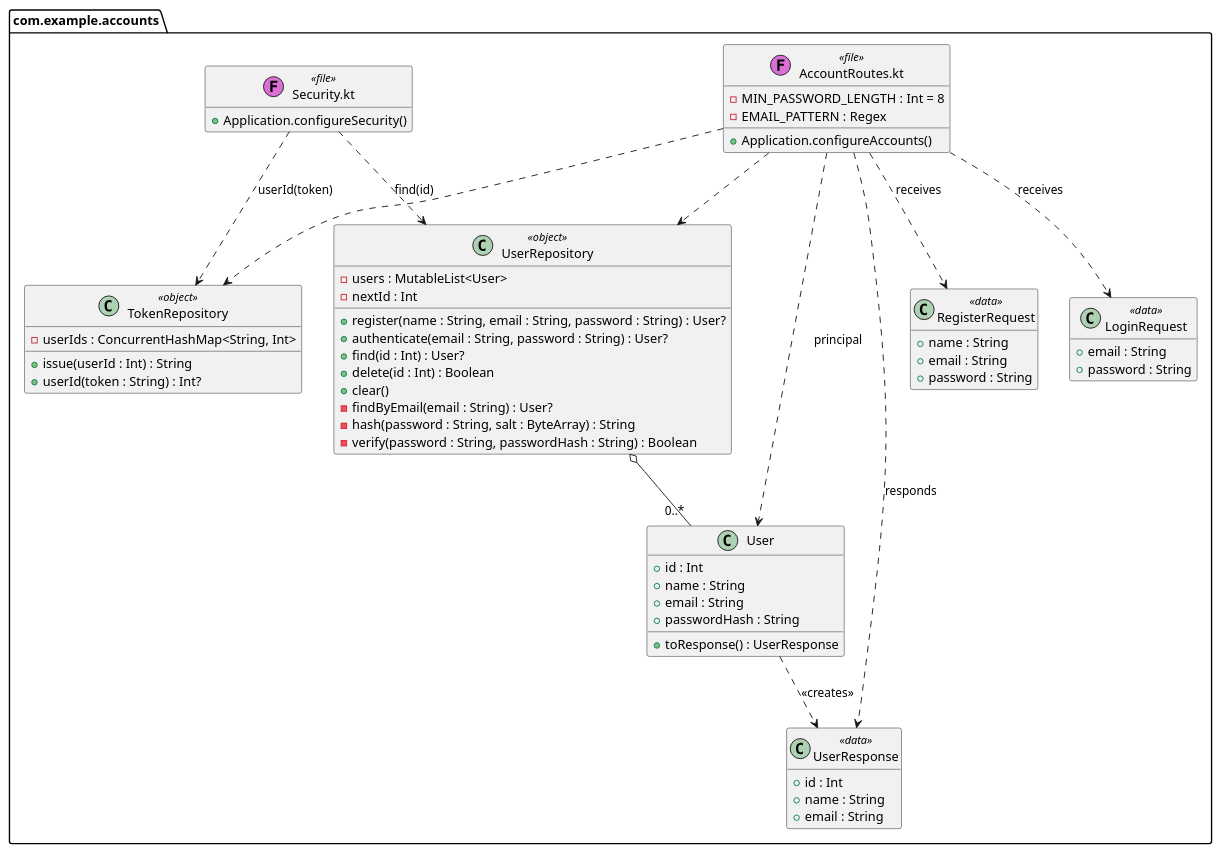
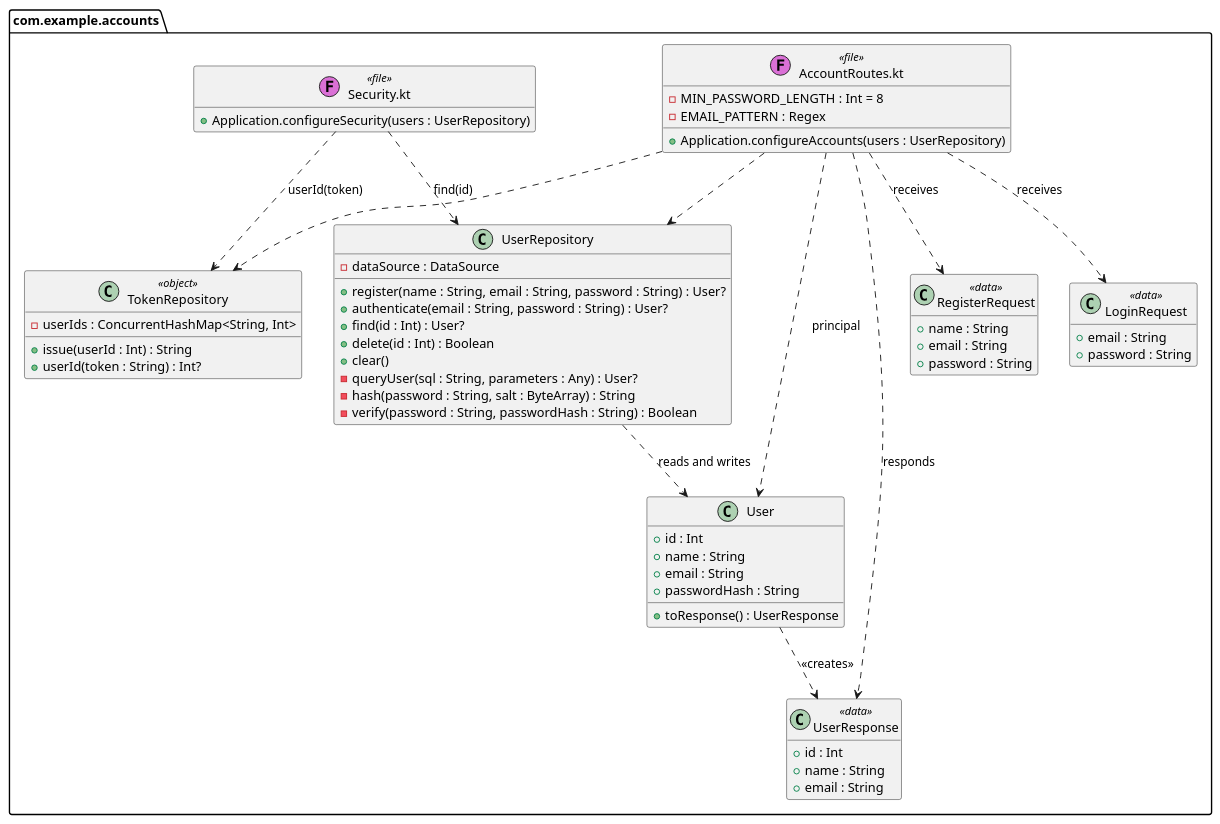
Before and after one commit to Rent-a-car-38291/rent-a-car: the diagram in docs/diagrams/class-accounts.puml, drawn with PlantUML. The commit also changed 16 other files, not shown here.

First line of the commit message:
Store accounts in PostgreSQL

```diff
--- a/docs/diagrams/class-accounts.puml
+++ b/docs/diagrams/class-accounts.puml
@@ -1,66 +1,65 @@
 @startuml
 ' The account classes as they are in src/. The car classes are in class-cars.puml.
 hide empty members
 set separator none
 
 package com.example.accounts <<Folder>> {
   class "AccountRoutes.kt" as AccountRoutes <<(F,orchid) file>> {
     - MIN_PASSWORD_LENGTH : Int = 8
     - EMAIL_PATTERN : Regex
-    + Application.configureAccounts()
+    + Application.configureAccounts(users : UserRepository)
   }
   class "Security.kt" as Security <<(F,orchid) file>> {
-    + Application.configureSecurity()
+    + Application.configureSecurity(users : UserRepository)
   }
   class User {
     + id : Int
     + name : String
     + email : String
     + passwordHash : String
     + toResponse() : UserResponse
   }
   class RegisterRequest <<data>> {
     + name : String
     + email : String
     + password : String
   }
   class LoginRequest <<data>> {
     + email : String
     + password : String
   }
   class UserResponse <<data>> {
     + id : Int
     + name : String
     + email : String
   }
-  class UserRepository <<object>> {
-    - users : MutableList<User>
-    - nextId : Int
+  class UserRepository {
+    - dataSource : DataSource
     + register(name : String, email : String, password : String) : User?
     + authenticate(email : String, password : String) : User?
     + find(id : Int) : User?
     + delete(id : Int) : Boolean
     + clear()
-    - findByEmail(email : String) : User?
+    - queryUser(sql : String, parameters : Any) : User?
     - hash(password : String, salt : ByteArray) : String
     - verify(password : String, passwordHash : String) : Boolean
   }
   class TokenRepository <<object>> {
     - userIds : ConcurrentHashMap<String, Int>
     + issue(userId : Int) : String
     + userId(token : String) : Int?
   }
 }
 
-UserRepository o-- "0..*" User
+UserRepository ..> User : reads and writes
 User ..> UserResponse : <<creates>>
 AccountRoutes ..> RegisterRequest : receives
 AccountRoutes ..> LoginRequest : receives
 AccountRoutes ..> UserResponse : responds
 AccountRoutes ..> User : principal
 AccountRoutes ..> UserRepository
 AccountRoutes ..> TokenRepository
 Security ..> TokenRepository : userId(token)
 Security ..> UserRepository : find(id)
 
 @enduml
```
